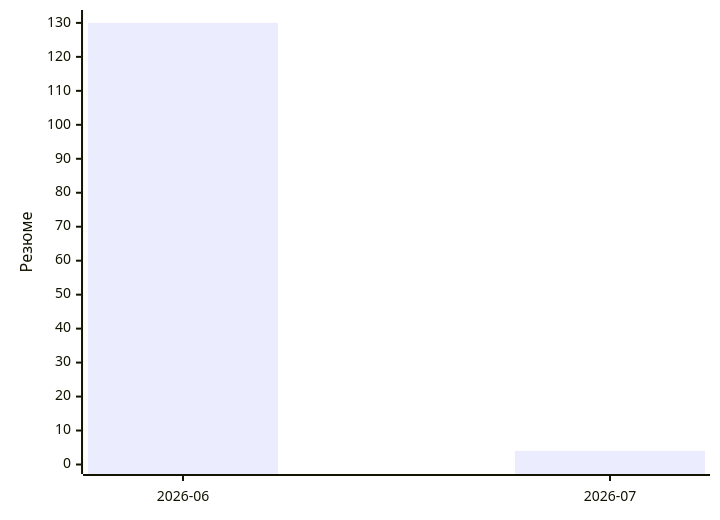
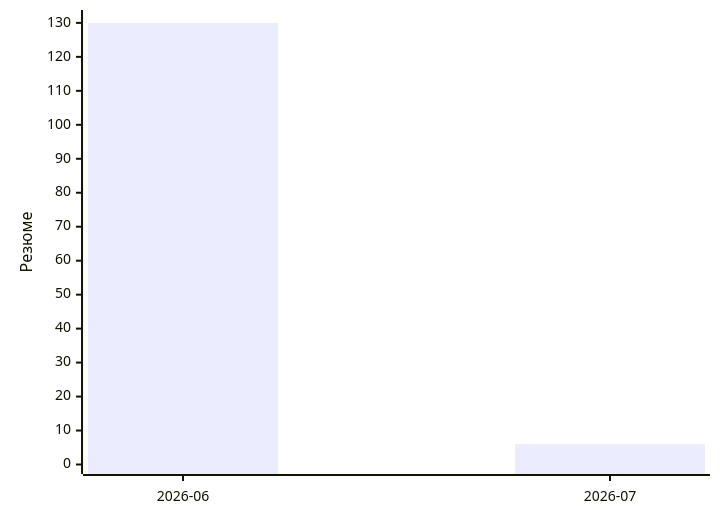
The second of 2 diagrams in STATS.md (konicaRu/day-runner), drawn with Mermaid before and after one commit. The commit also changed other lines of this file, not shown here.

````diff
--- a/STATS.md
+++ b/STATS.md
@@ -15,6 +15,6 @@
 ```mermaid
 xychart-beta
   x-axis ["2026-06", "2026-07"]
   y-axis "Резюме" 0 --> 131
-  bar [130, 4]
+  bar [130, 6]
 ```
````
